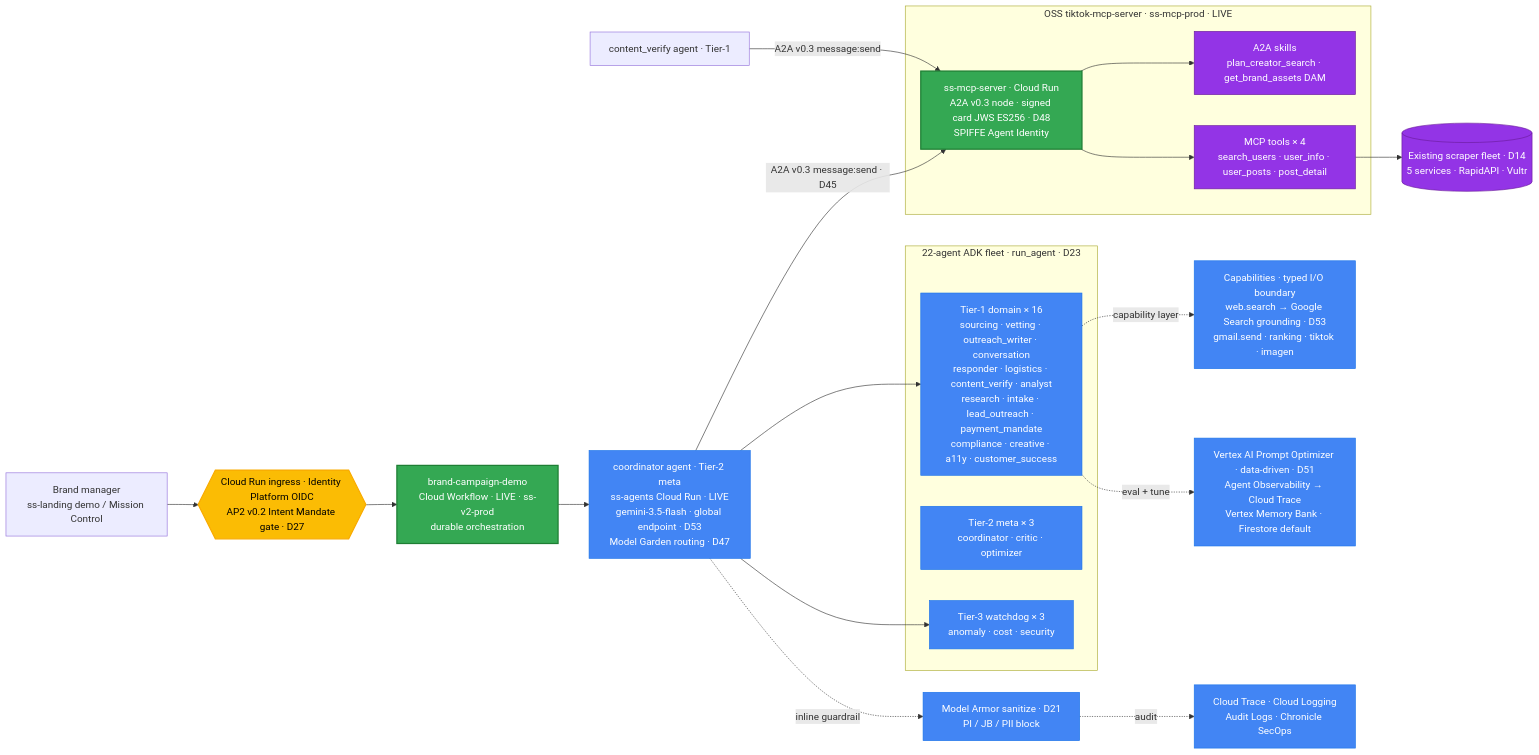
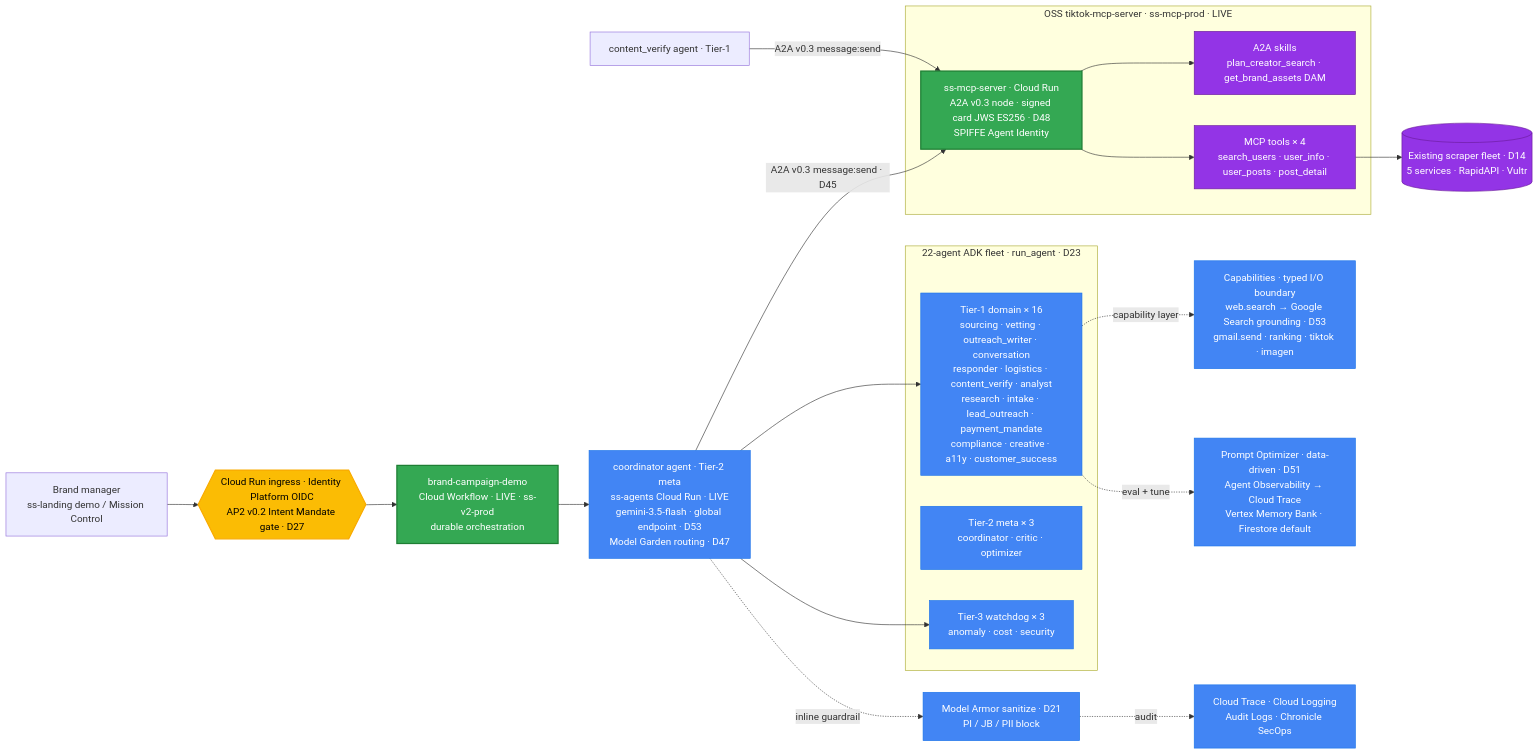
Before and after one commit to Two-Weeks-Team/social-seeding-v2-public: the first of 3 diagrams in README.md, drawn with Mermaid. The commit also changed other lines of this file and 5 other files, not shown here.

````diff
--- a/README.md
+++ b/README.md
@@ -53,48 +53,48 @@
 ```mermaid
 flowchart LR
   user[Brand manager<br/>ss-landing demo / Mission Control] --> entry
 
   entry{{Cloud Run ingress · Identity Platform OIDC<br/>AP2 v0.2 Intent Mandate gate · D27}}
 
   entry --> orch[brand-campaign-demo<br/>Cloud Workflow · LIVE · ss-v2-prod<br/>durable orchestration]
 
   orch --> coord[coordinator agent · Tier-2 meta<br/>ss-agents Cloud Run · LIVE<br/>gemini-3.5-flash · global endpoint · D53<br/>Model Garden routing · D47]
 
   subgraph FLEET[22-agent ADK fleet · run_agent · D23]
     t1[Tier-1 domain × 16<br/>sourcing · vetting · outreach_writer · conversation<br/>responder · logistics · content_verify · analyst<br/>research · intake · lead_outreach · payment_mandate<br/>compliance · creative · a11y · customer_success]
     t2[Tier-2 meta × 3<br/>coordinator · critic · optimizer]
     t3[Tier-3 watchdog × 3<br/>anomaly · cost · security]
   end
 
   coord --> t1
   coord --> t3
 
   coord -- A2A v0.3 message:send · D45 --> mcp
   cverify[content_verify agent · Tier-1] -- A2A v0.3 message:send --> mcp
 
   subgraph OSS[OSS tiktok-mcp-server · ss-mcp-prod · LIVE]
     mcp[ss-mcp-server · Cloud Run<br/>A2A v0.3 node · signed card JWS ES256 · D48<br/>SPIFFE Agent Identity]
     skills[A2A skills<br/>plan_creator_search · get_brand_assets DAM]
     mtools[MCP tools × 4<br/>search_users · user_info · user_posts · post_detail]
   end
 
   mcp --> skills
   mcp --> mtools
   mtools --> scrapers[(Existing scraper fleet · D14<br/>5 services · RapidAPI · Vultr)]
 
   t1 -. capability layer .-> cap[Capabilities · typed I/O boundary<br/>web.search → Google Search grounding · D53<br/>gmail.send · ranking · tiktok · imagen]
   coord -. inline guardrail .-> armor[Model Armor sanitize · D21<br/>PI / JB / PII block]
 
-  t1 -. eval + tune .-> learn[Vertex AI Prompt Optimizer · data-driven · D51<br/>Agent Observability → Cloud Trace<br/>Vertex Memory Bank · Firestore default]
+  t1 -. eval + tune .-> learn[Prompt Optimizer · data-driven · D51<br/>Agent Observability → Cloud Trace<br/>Vertex Memory Bank · Firestore default]
 
   armor -. audit .-> sec[Cloud Trace · Cloud Logging<br/>Audit Logs · Chronicle SecOps]
 
   classDef gcp fill:#4285F4,stroke:#1A73E8,color:#fff,stroke-width:1px;
   classDef live fill:#34A853,stroke:#1E7E34,color:#fff,stroke-width:2px;
   classDef boundary fill:#FBBC04,stroke:#F9AB00,color:#000,stroke-width:2px;
   classDef oss fill:#9334E6,stroke:#6A1B9A,color:#fff,stroke-width:1px;
   class coord,t1,t2,t3,cap,armor,learn,sec gcp;
   class orch,mcp live;
   class entry boundary;
   class skills,mtools,scrapers oss;
 ```
````
